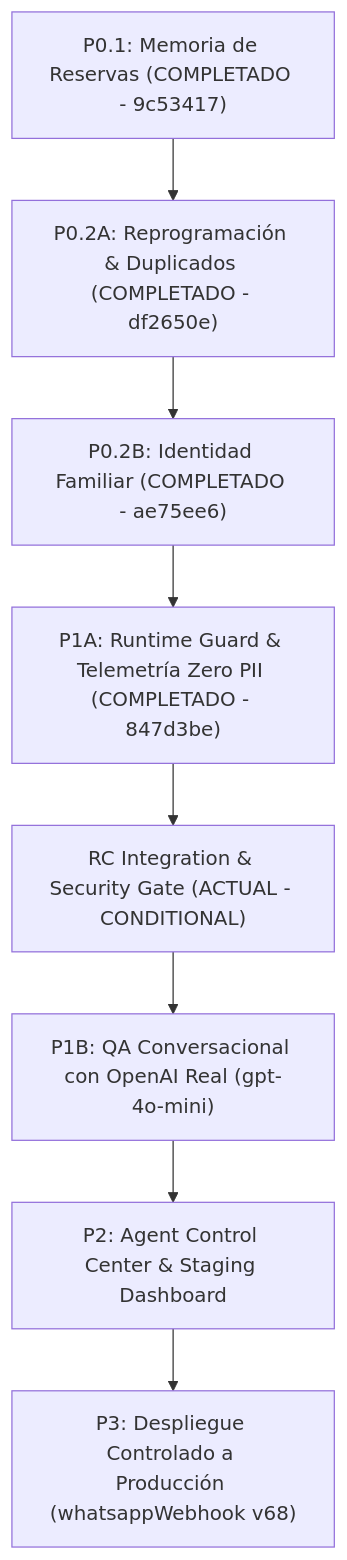
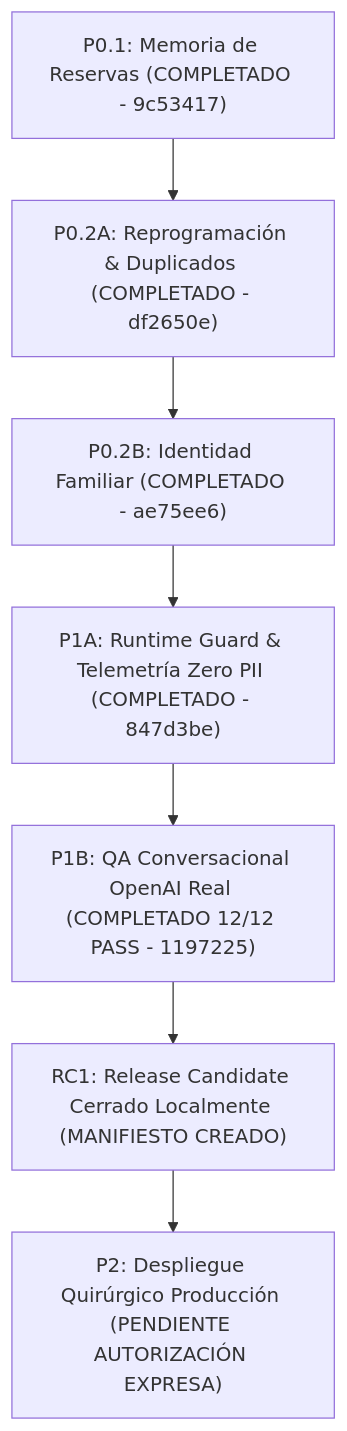
One commit to jumpercusco-ux/ginga-app changed the third of 3 diagrams in CURRENT-STATE.md. Above: the diagram before and after it, drawn with Mermaid. The commit also changed other lines of this file and 4 other files, not shown here.

First line of the commit message:
docs(release): official local closing of release candidate v1 and release manifest

````diff
--- a/CURRENT-STATE.md
+++ b/CURRENT-STATE.md
@@ -420,10 +451,9 @@
 ```mermaid
 flowchart TD
     P01["P0.1: Memoria de Reservas (COMPLETADO - 9c53417)"] --> P02A["P0.2A: Reprogramación & Duplicados (COMPLETADO - df2650e)"]
     P02A --> P02B["P0.2B: Identidad Familiar (COMPLETADO - ae75ee6)"]
     P02B --> P1A["P1A: Runtime Guard & Telemetría Zero PII (COMPLETADO - 847d3be)"]
-    P1A --> RC["RC Integration & Security Gate (ACTUAL - CONDITIONAL)"]
-    RC --> P1B["P1B: QA Conversacional con OpenAI Real (gpt-4o-mini)"]
-    P1B --> P2["P2: Agent Control Center & Staging Dashboard"]
-    P2 --> PROD["P3: Despliegue Controlado a Producción (whatsappWebhook v68)"]
+    P1A --> P1B["P1B: QA Conversacional OpenAI Real (COMPLETADO 12/12 PASS - 1197225)"]
+    P1B --> RC["RC1: Release Candidate Cerrado Localmente (MANIFIESTO CREADO)"]
+    RC --> PROD["P2: Despliegue Quirúrgico Producción (PENDIENTE AUTORIZACIÓN EXPRESA)"]
 ```
````
